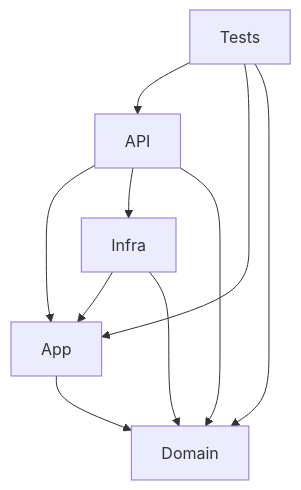
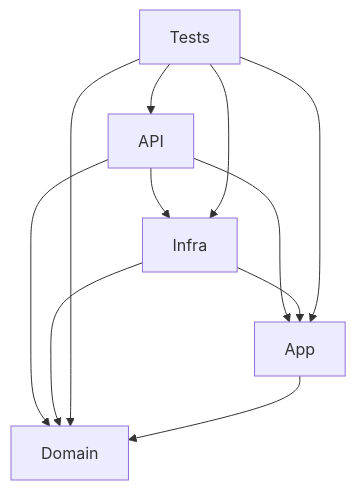
Before and after one commit to filipe-freitas/ticketeer: the diagram in docs/adr/008-clean-architecture.md, drawn with Mermaid.

Commit message:
docs: update ADR 008's diagram

````diff
--- a/docs/adr/008-clean-architecture.md
+++ b/docs/adr/008-clean-architecture.md
@@ -40,12 +40,13 @@
 ```mermaid
 flowchart TB
     API --> App
     API --> Infra
     API --> Domain
     Infra --> App
     Infra --> Domain
     Tests --> API
     Tests --> App
     Tests --> Domain
+    Tests --> Infra
     App --> Domain
 ```
````
